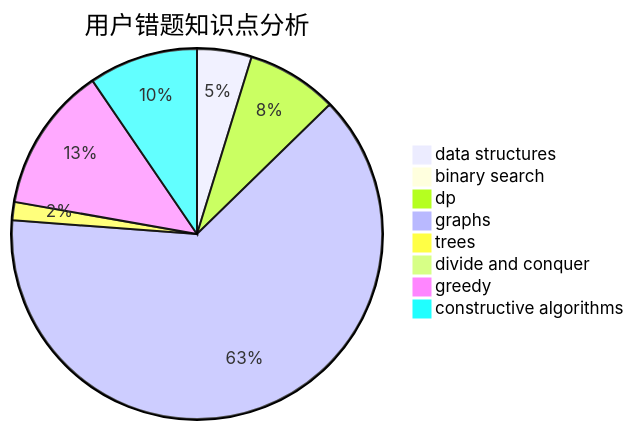
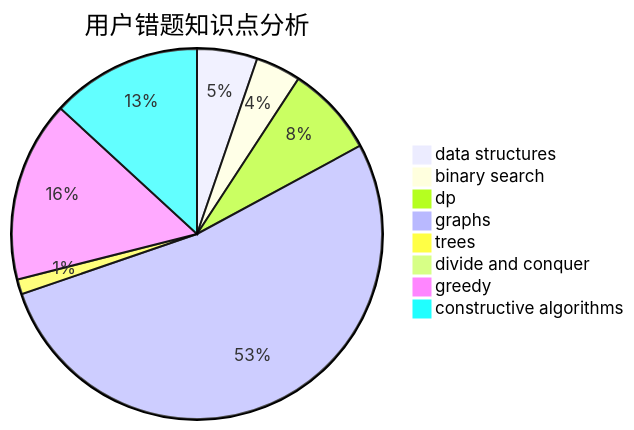
One commit to sherpahu/cfrs.github.io changed the third of 3 diagrams in docs/user/u2098.md. Above: the diagram before and after it, drawn with Mermaid. The commit also changed other lines of this file and 2770 other files, not shown here.

````diff
--- a/docs/user/u2098.md
+++ b/docs/user/u2098.md
@@ -36,11 +36,11 @@
 ```mermaid
 pie title 用户错题知识点分析
-    "data structures" :  3
-    "binary search" :  0
-    "dp" :  5
+    "data structures" :  4
+    "binary search" :  3
+    "dp" :  6
     "graphs" :  40
     "trees" :  1
     "divide and conquer" :  0
-    "greedy" :  8
-    "constructive algorithms" :  6
+    "greedy" :  12
+    "constructive algorithms" :  10
 ```
````
